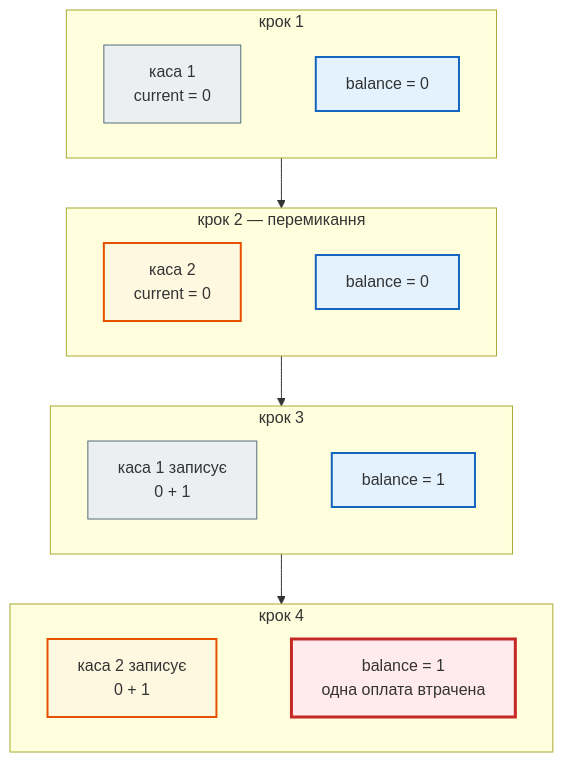
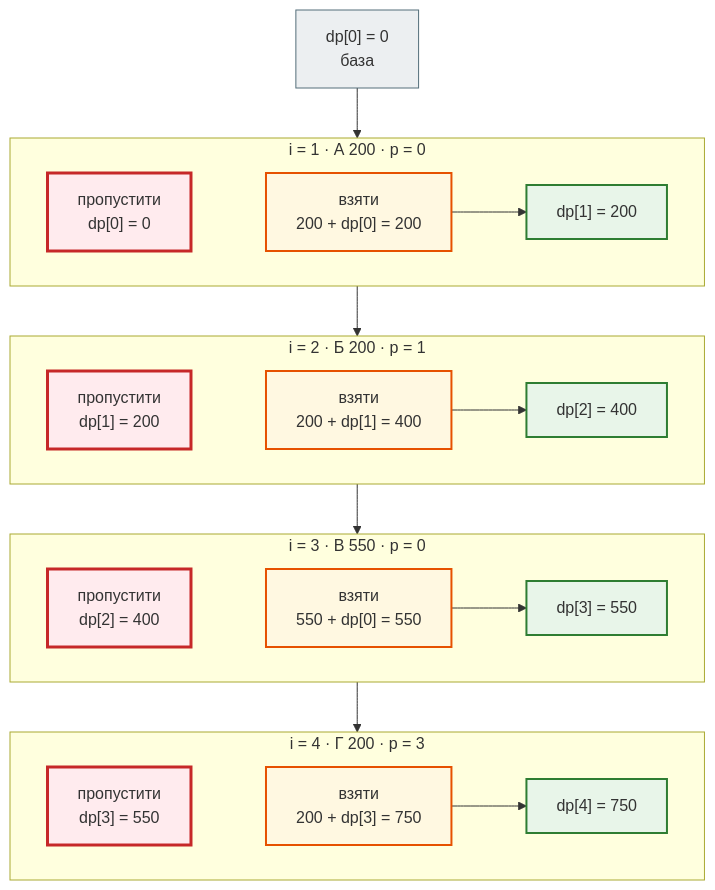
One commit to AlinaRadchenko/PY-Course-Victor-Nikoriak-22-09-2026 changed the third of 5 diagrams in docs/modules/m2/lesson_27.md. Above: the diagram before and after it, drawn with Mermaid. The commit also changed other lines of this file and 1846 other files, not shown here.

````diff
--- a/docs/modules/m2/lesson_27.md
+++ b/docs/modules/m2/lesson_27.md
@@ -219,31 +327,32 @@
 ```mermaid
 flowchart TD
     classDef step     fill:#eceff1,stroke:#546e7a,stroke-width:1px;
     classDef decision fill:#e3f2fd,stroke:#1565c0,stroke-width:2px;
     classDef success  fill:#e8f5e9,stroke:#2e7d32,stroke-width:2px;
     classDef error    fill:#ffebee,stroke:#c62828,stroke-width:3px;
     classDef warning  fill:#fff8e1,stroke:#e65100,stroke-width:2px;
 
-    subgraph K1["крок 1"]
+    D0["dp[0] = 0<br>база"]
+    subgraph I1["i = 1 · А 200 · p = 0"]
         direction LR
-        A1["каса 1<br>current = 0"] ~~~ B1["balance = 0"]
+        K1["пропустити<br>dp[0] = 0"] ~~~ T1["взяти<br>200 + dp[0] = 200"] --> R1["dp[1] = 200"]
     end
-    subgraph K2["крок 2 — перемикання"]
+    subgraph I2["i = 2 · Б 200 · p = 1"]
         direction LR
-        A2["каса 2<br>current = 0"] ~~~ B2["balance = 0"]
+        K2["пропустити<br>dp[1] = 200"] ~~~ T2["взяти<br>200 + dp[1] = 400"] --> R2["dp[2] = 400"]
     end
-    subgraph K3["крок 3"]
+    subgraph I3["i = 3 · В 550 · p = 0"]
         direction LR
-        A3["каса 1 записує<br>0 + 1"] ~~~ B3["balance = 1"]
+        K3["пропустити<br>dp[2] = 400"] ~~~ T3["взяти<br>550 + dp[0] = 550"] --> R3["dp[3] = 550"]
     end
-    subgraph K4["крок 4"]
+    subgraph I4["i = 4 · Г 200 · p = 3"]
         direction LR
-        A4["каса 2 записує<br>0 + 1"] ~~~ B4["balance = 1<br>одна оплата втрачена"]
+        K4["пропустити<br>dp[3] = 550"] ~~~ T4["взяти<br>200 + dp[3] = 750"] --> R4["dp[4] = 750"]
     end
-    K1 --> K2 --> K3 --> K4
+    D0 --> I1 --> I2 --> I3 --> I4
 
-    class A1,A3 step
-    class A2,A4 warning
-    class B1,B2,B3 decision
-    class B4 error
+    class D0 step
+    class K1,K2,K3,K4 error
+    class T1,T2,T3,T4 warning
+    class R1,R2,R3,R4 success
 ```
````
